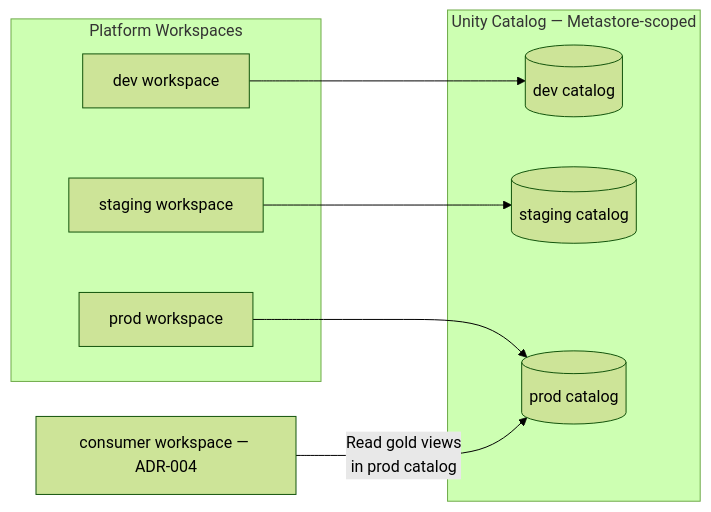
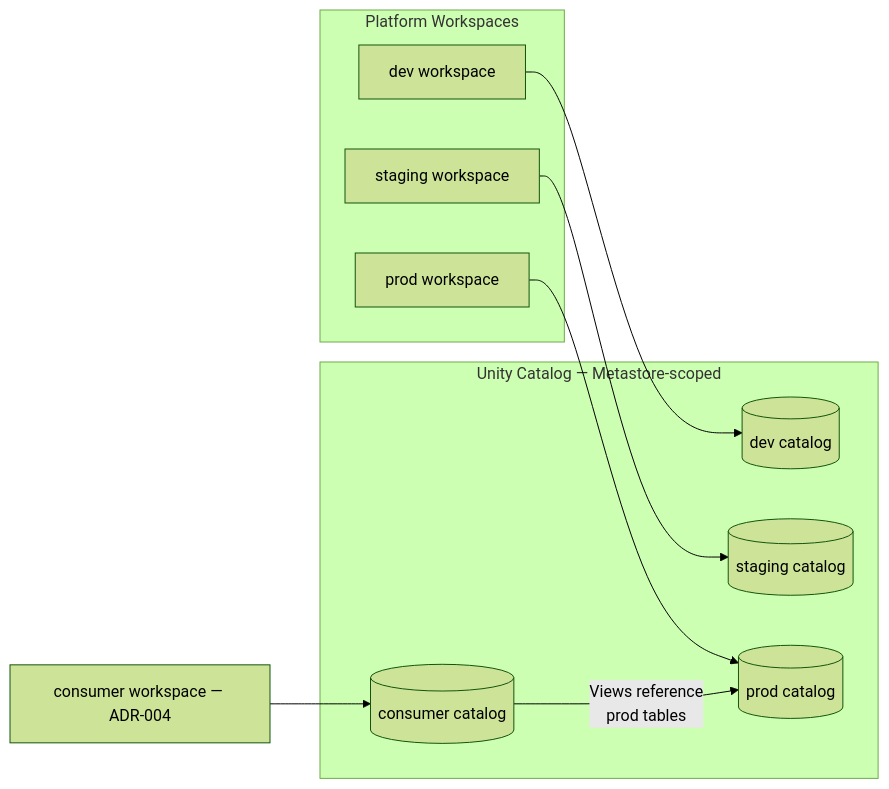
Before and after one commit to nobhri/azure-dbx-mock-platform: the first of 4 diagrams in README.md, drawn with Mermaid (forest theme). The commit also changed other lines of this file, not shown here.

First line of the commit message:
docs(readme): restore consumer catalog in diagram and ADR-004 summary

````diff
--- a/README.md
+++ b/README.md
@@ -27,22 +27,24 @@
 ```mermaid
 flowchart LR
     subgraph Platform["Platform Workspaces"]
         WD[dev workspace]
         WS[staging workspace]
         WP[prod workspace]
     end
 
     subgraph UC["Unity Catalog — Metastore-scoped"]
         CD[(dev catalog)]
         CS[(staging catalog)]
         CP[(prod catalog)]
+        CC[(consumer catalog)]
     end
 
     WC[consumer workspace — ADR-004]
 
     WD --> CD
     WS --> CS
     WP --> CP
+    WC --> CC
 
-    WC -->|"Read gold views<br>in prod catalog"| CP
+    CC -->|"Views reference<br>prod tables"| CP
 ```
````
